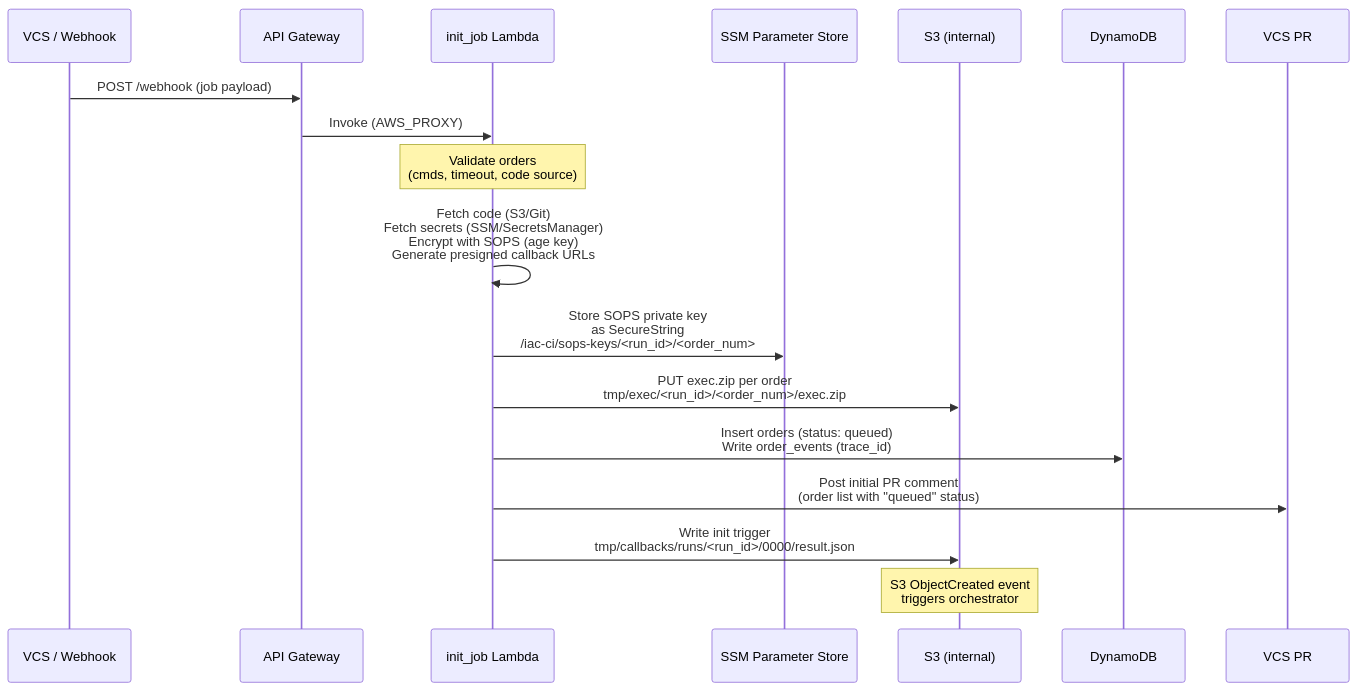
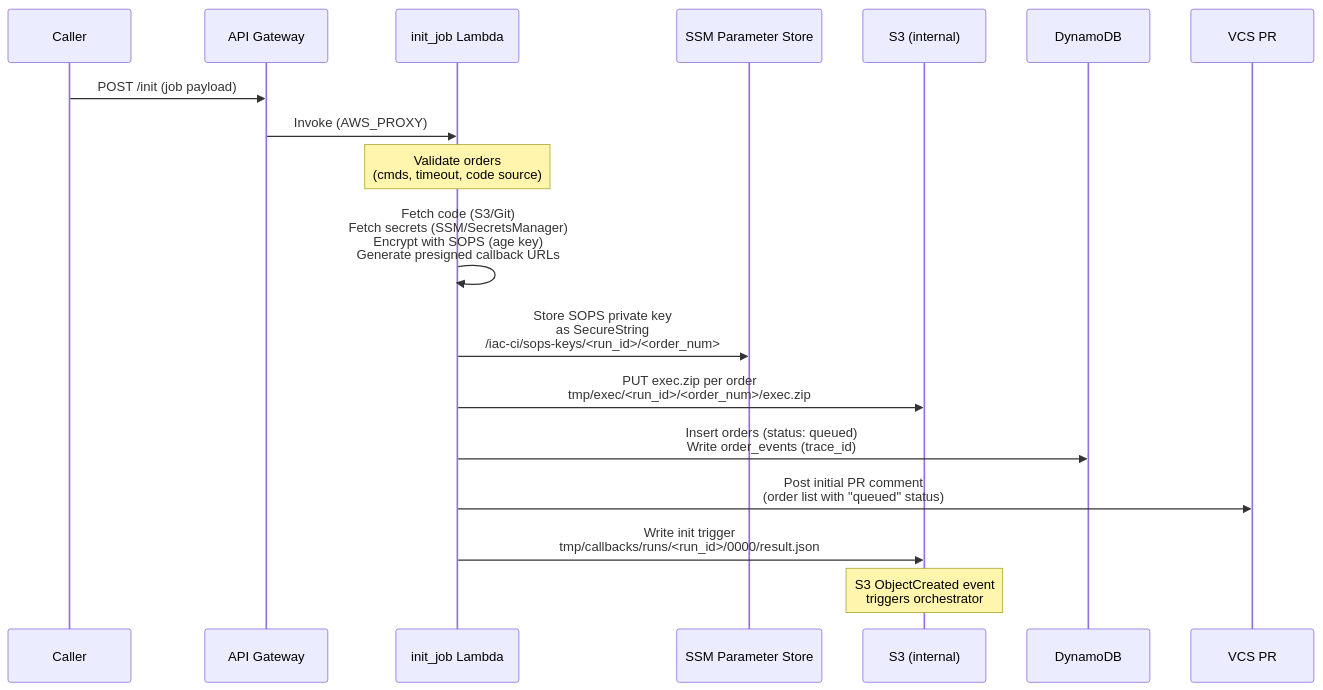
Before and after one commit to gear2000/aws-execution-engine: the second of 5 diagrams in docs/ARCHITECTURE_DIAGRAM.md, drawn with Mermaid. The commit also changed other lines of this file and 17 other files, not shown here.

````diff
--- a/docs/ARCHITECTURE_DIAGRAM.md
+++ b/docs/ARCHITECTURE_DIAGRAM.md
@@ -34,29 +34,29 @@
 ```mermaid
 sequenceDiagram
-    participant VCS as VCS / Webhook
+    participant VCS as Caller
     participant APIGW as API Gateway
     participant IJ as init_job Lambda
     participant SSM as SSM Parameter Store
     participant S3 as S3 (internal)
     participant DDB as DynamoDB
     participant PR as VCS PR
 
-    VCS->>APIGW: POST /webhook (job payload)
+    VCS->>APIGW: POST /init (job payload)
     APIGW->>IJ: Invoke (AWS_PROXY)
 
     Note over IJ: Validate orders<br>(cmds, timeout, code source)
 
     IJ->>IJ: Fetch code (S3/Git)<br>Fetch secrets (SSM/SecretsManager)<br>Encrypt with SOPS (age key)<br>Generate presigned callback URLs
 
     IJ->>SSM: Store SOPS private key<br>as SecureString<br>/iac-ci/sops-keys/<run_id>/<order_num>
 
     IJ->>S3: PUT exec.zip per order<br>tmp/exec/<run_id>/<order_num>/exec.zip
 
     IJ->>DDB: Insert orders (status: queued)<br>Write order_events (trace_id)
 
     IJ->>PR: Post initial PR comment<br>(order list with "queued" status)
 
     IJ->>S3: Write init trigger<br>tmp/callbacks/runs/<run_id>/0000/result.json
 
     Note over S3: S3 ObjectCreated event<br>triggers orchestrator
 ```
````
